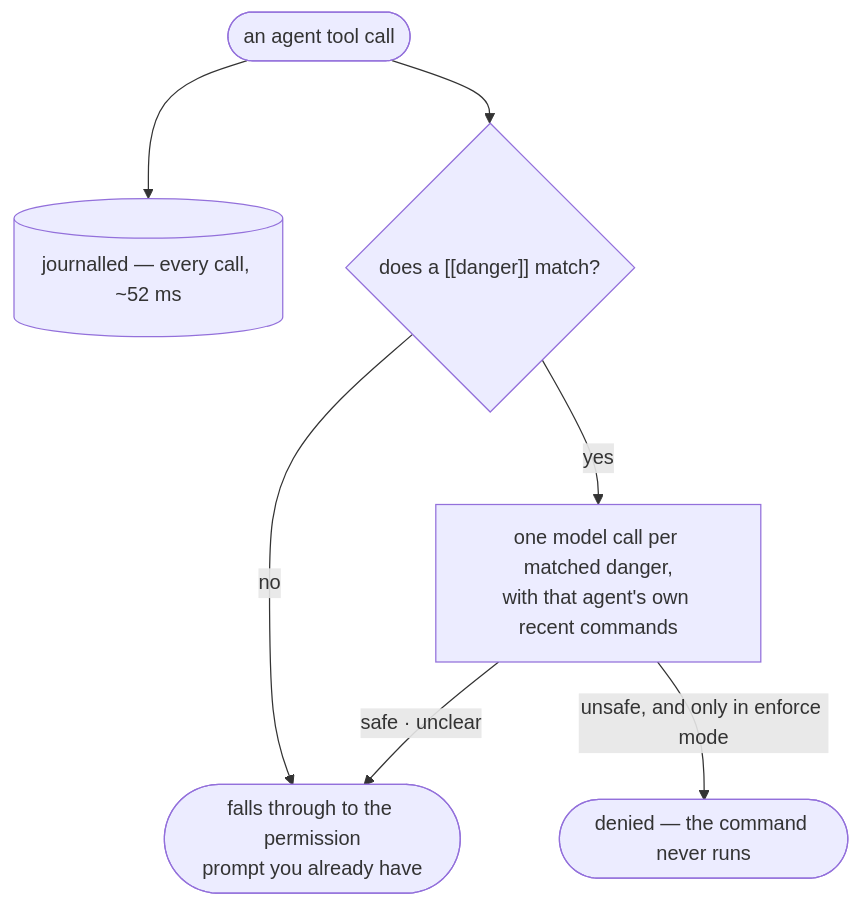
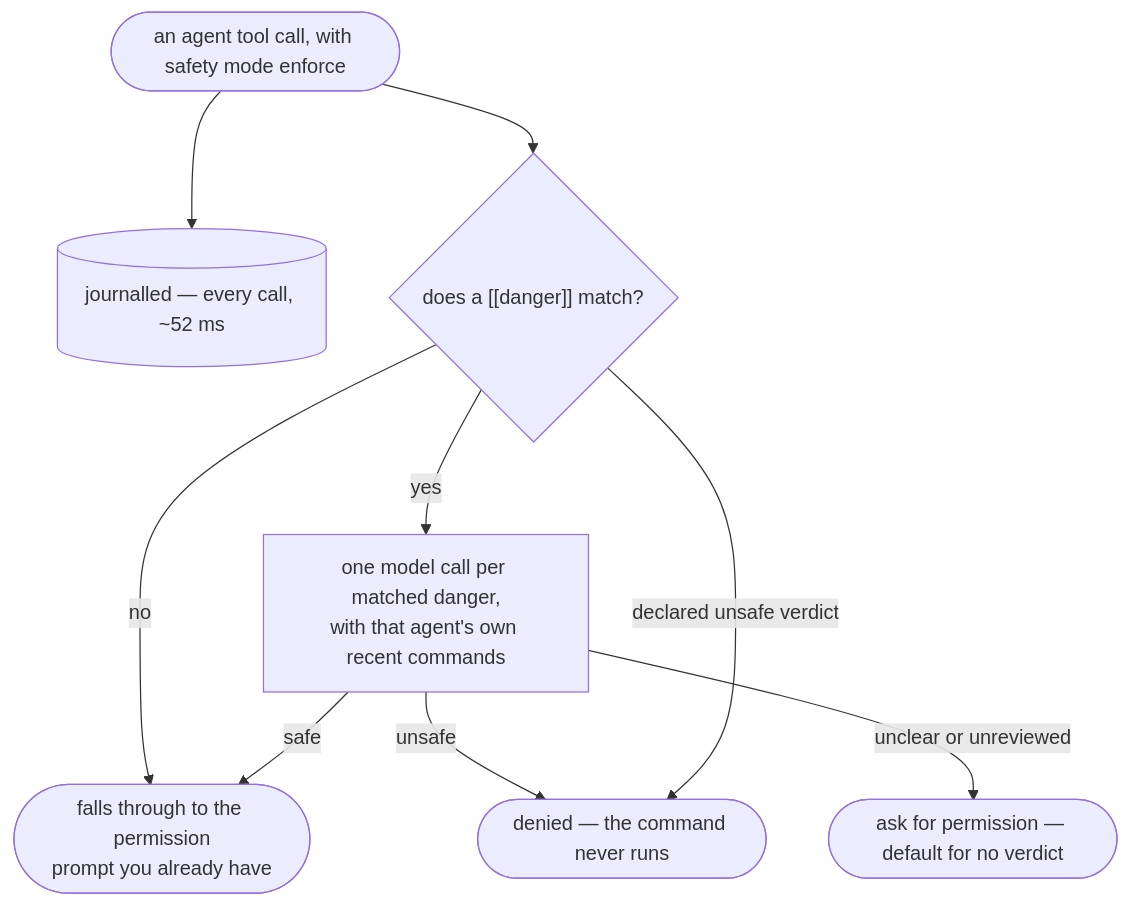
Before and after one commit to authentic-research-partners/vibe-sentinel: the second of 2 diagrams in docs/gates.md, drawn with Mermaid. The commit also changed other lines of this file and 44 other files, not shown here.

````diff
--- a/docs/gates.md
+++ b/docs/gates.md
@@ -201,15 +301,18 @@
 ```mermaid
 flowchart TB
-  TC(["an agent tool call"])
+  TC(["an agent tool call, with safety mode enforce"])
   J[("journalled — every call, ~52 ms")]
   TRI{"does a [[danger]] match?"}
   REV["one model call per matched danger,<br/>with that agent's own recent commands"]
   ALLOW(["falls through to the permission<br/>prompt you already have"])
   DENY(["denied — the command never runs"])
+  ASK(["ask for permission — default for no verdict"])
   TC --> J
   TC --> TRI
   TRI -->|no| ALLOW
   TRI -->|yes| REV
-  REV -->|"safe · unclear"| ALLOW
-  REV -->|"unsafe, and only in enforce mode"| DENY
+  REV -->|"safe"| ALLOW
+  REV -->|"unsafe"| DENY
+  REV -->|"unclear or unreviewed"| ASK
+  TRI -->|"declared unsafe verdict"| DENY
 ```
````
